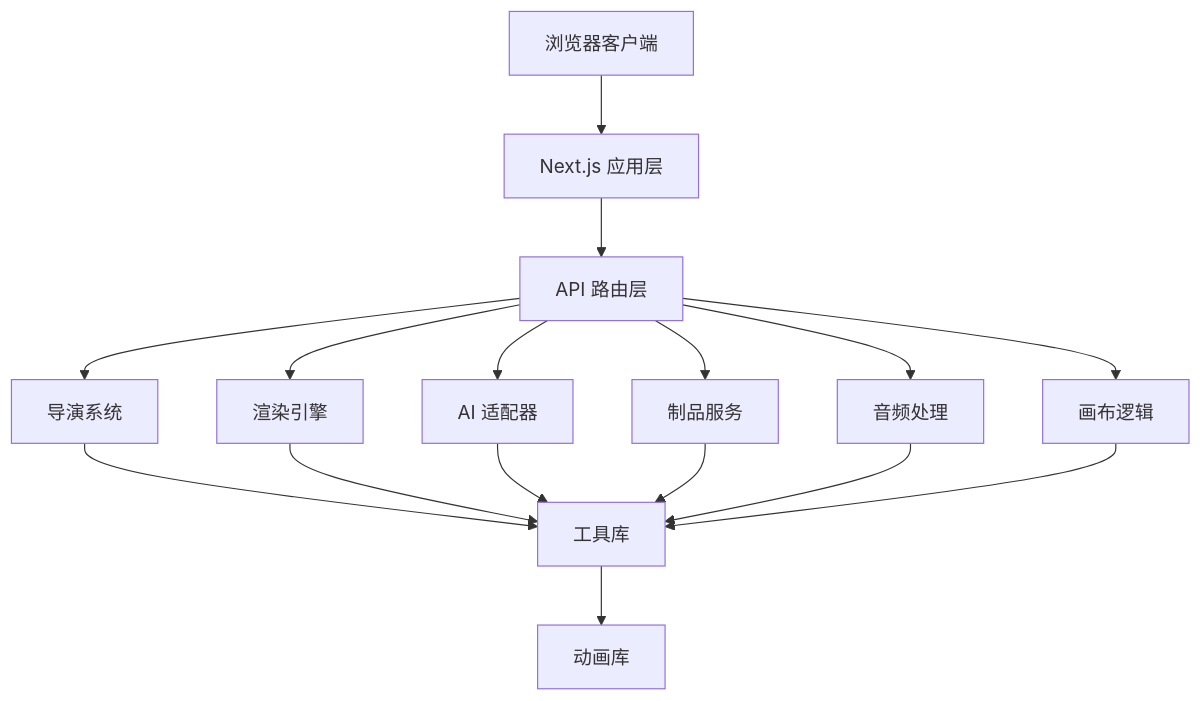
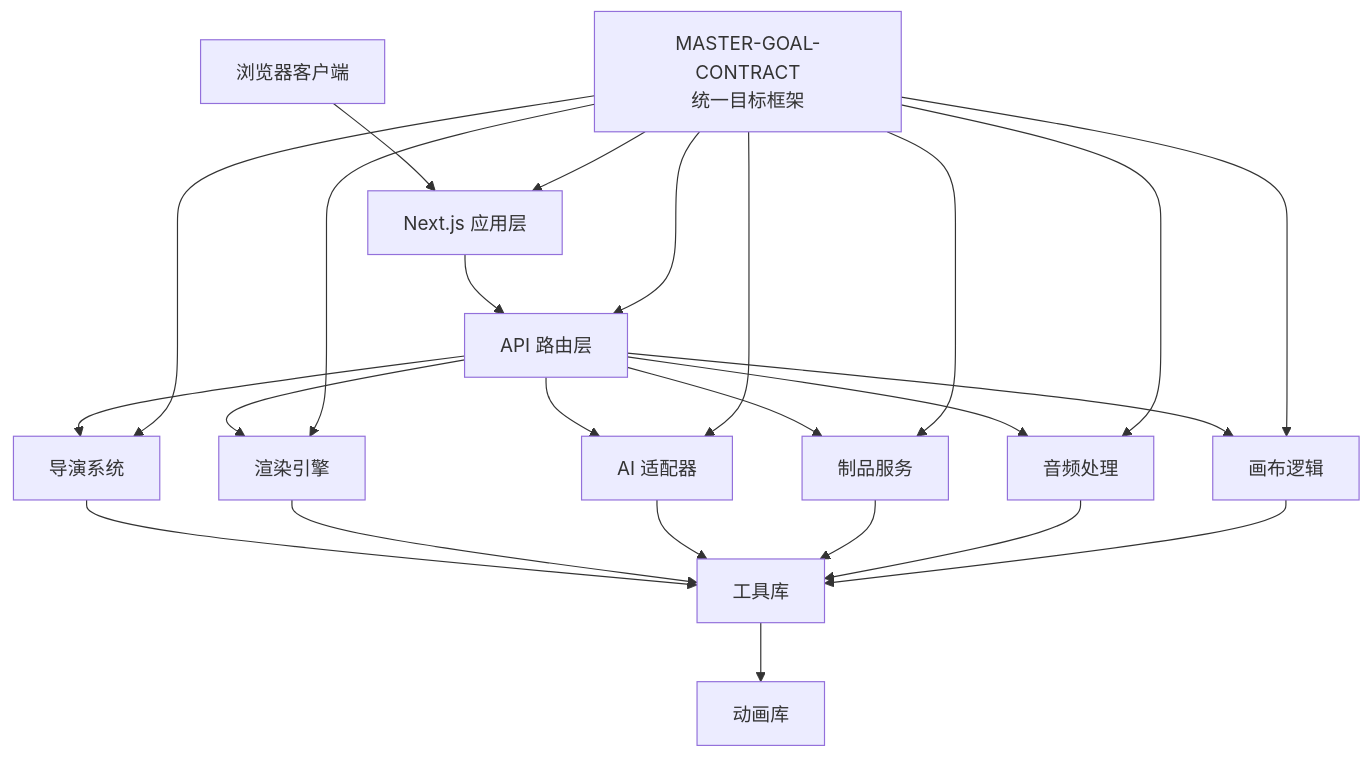
Before and after one commit to AIMFllyYS/code-video-canvas: the third of 12 diagrams in .qoder/repowiki/zh/content/架构设计/架构设计.md, drawn with Mermaid. The commit also changed other lines of this file and 44 other files, not shown here.

````diff
--- a/.qoder/repowiki/zh/content/架构设计/架构设计.md
+++ b/.qoder/repowiki/zh/content/架构设计/架构设计.md
@@ -272,18 +347,26 @@
 ```mermaid
 graph TB
 Client["浏览器客户端"] --> App["Next.js 应用层"]
 App --> API["API 路由层"]
 API --> Director["导演系统"]
 API --> Render["渲染引擎"]
 API --> AI["AI 适配器"]
 API --> Artifacts["制品服务"]
 API --> Audio["音频处理"]
 API --> Canvas["画布逻辑"]
 Director --> Lib["工具库"]
 Render --> Lib
 AI --> Lib
 Artifacts --> Lib
 Audio --> Lib
 Canvas --> Lib
 Lib --> Motion["动画库"]
+MasterGoal["MASTER-GOAL-CONTRACT<br/>统一目标框架"] --> App
+MasterGoal --> API
+MasterGoal --> Director
+MasterGoal --> Render
+MasterGoal --> AI
+MasterGoal --> Artifacts
+MasterGoal --> Audio
+MasterGoal --> Canvas
 ```
````
